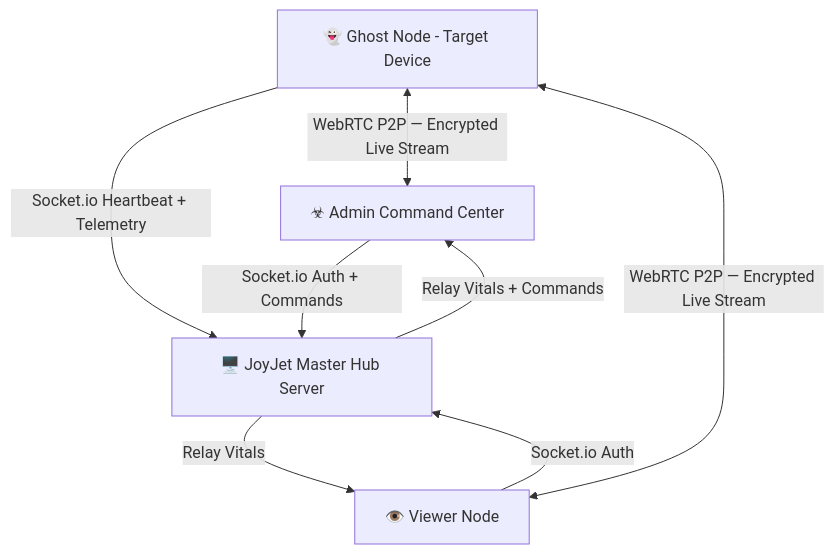
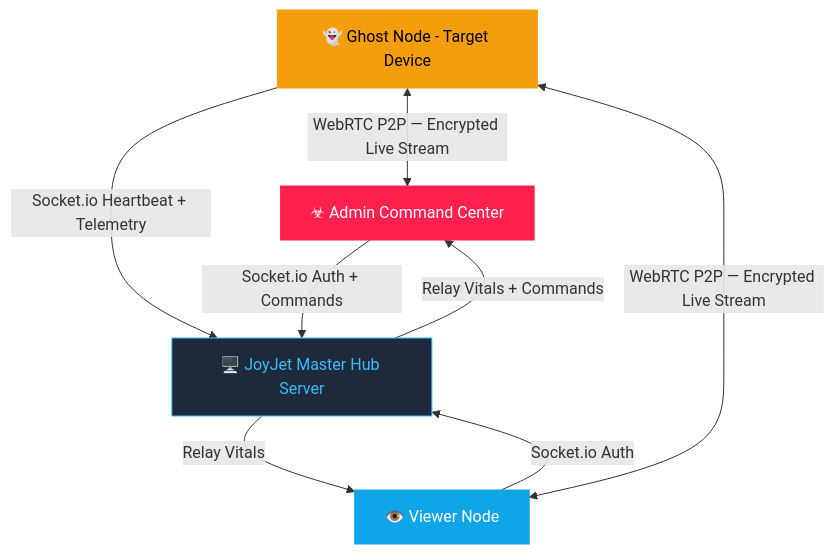
Before and after one commit to guru9/joyjet-hub: the diagram in README.md, drawn with Mermaid. The commit also changed other lines of this file and 2 other files, not shown here.

````diff
--- a/README.md
+++ b/README.md
@@ -31,10 +36,15 @@
 ```mermaid
 graph TD
     A[☣ Admin Command Center] -->|Socket.io Auth + Commands| S[🖥️ JoyJet Master Hub Server]
     V[👁️ Viewer Node] -->|Socket.io Auth| S
     G[👻 Ghost Node - Target Device] -->|Socket.io Heartbeat + Telemetry| S
     G <-->|WebRTC P2P — Encrypted Live Stream| A
     G <-->|WebRTC P2P — Encrypted Live Stream| V
     S -->|Relay Vitals + Commands| A
     S -->|Relay Vitals| V
+
+    style A fill:#FF204E,color:#fff,stroke:#FF204E
+    style S fill:#1E293B,color:#38BDF8,stroke:#38BDF8
+    style V fill:#0EA5E9,color:#fff,stroke:#0EA5E9
+    style G fill:#F59E0B,color:#000,stroke:#F59E0B
 ```
````
